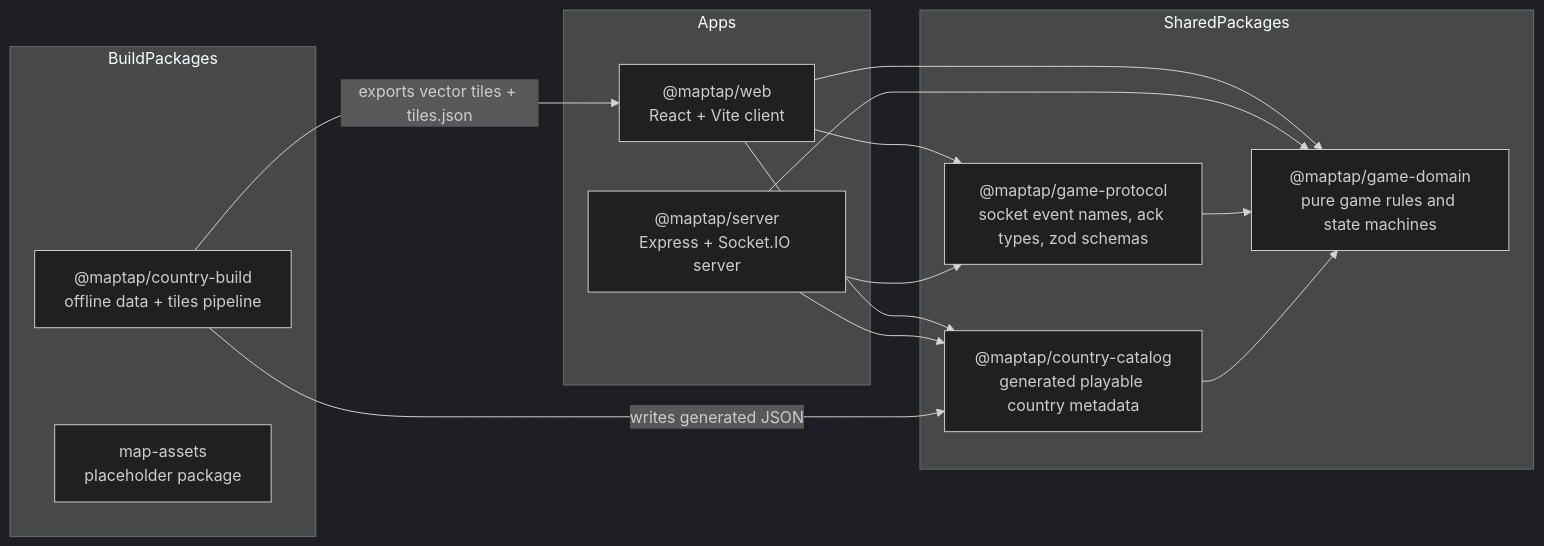
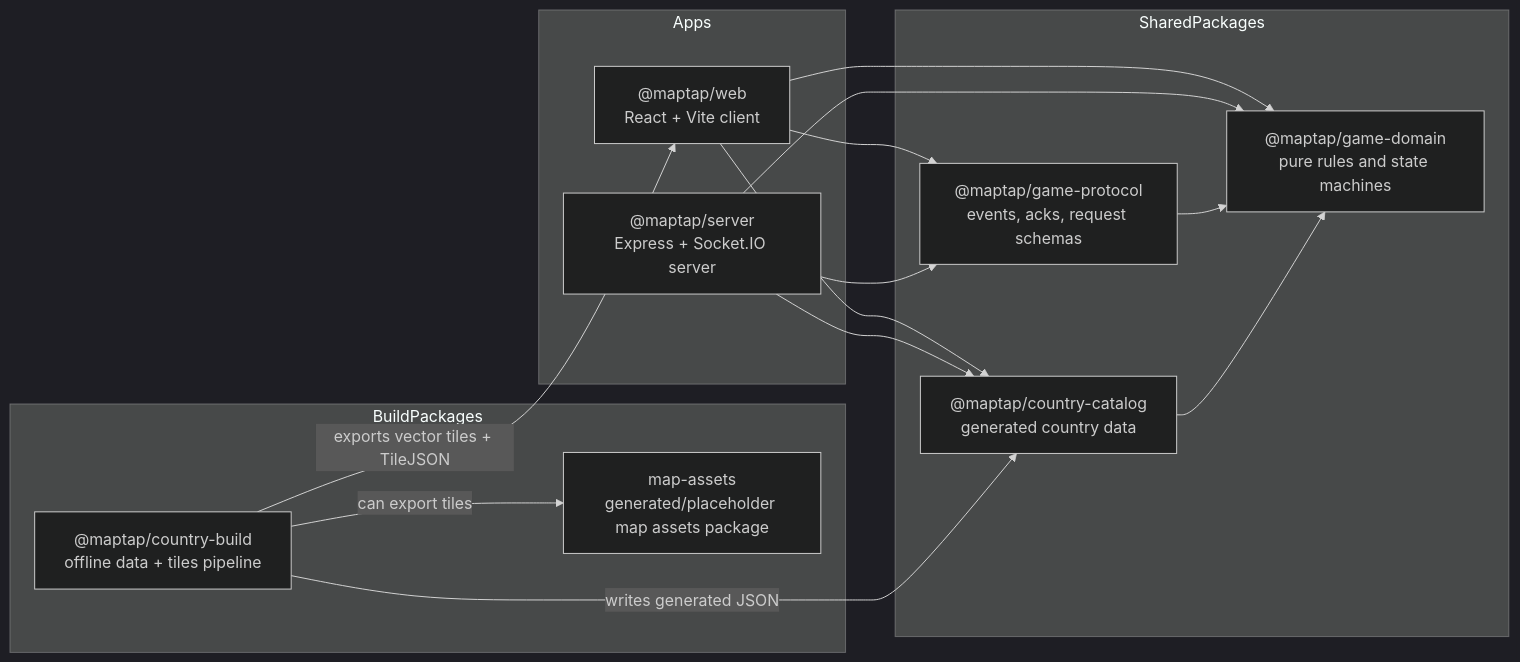
Before and after one commit to atamuratov07/maptap-game: the first of 12 diagrams in docs/project-architecture.md, drawn with Mermaid (dark theme). The commit also changed other lines of this file and 2 other files, not shown here.

````diff
--- a/docs/project-architecture.md
+++ b/docs/project-architecture.md
@@ -23,32 +33,33 @@
 ```mermaid
 graph LR
     subgraph Apps
         WEB["@maptap/web<br/>React + Vite client"]
         SERVER["@maptap/server<br/>Express + Socket.IO server"]
     end
 
     subgraph SharedPackages
-        DOMAIN["@maptap/game-domain<br/>pure game rules and state machines"]
-        PROTOCOL["@maptap/game-protocol<br/>socket event names, ack types, zod schemas"]
-        CATALOG["@maptap/country-catalog<br/>generated playable country metadata"]
+        DOMAIN["@maptap/game-domain<br/>pure rules and state machines"]
+        PROTOCOL["@maptap/game-protocol<br/>events, acks, request schemas"]
+        CATALOG["@maptap/country-catalog<br/>generated country data"]
     end
 
     subgraph BuildPackages
         BUILD["@maptap/country-build<br/>offline data + tiles pipeline"]
-        ASSETS["map-assets<br/>placeholder package"]
+        ASSETS["map-assets<br/>generated/placeholder map assets package"]
     end
 
     WEB --> DOMAIN
     WEB --> PROTOCOL
     WEB --> CATALOG
 
     SERVER --> DOMAIN
     SERVER --> PROTOCOL
     SERVER --> CATALOG
 
     PROTOCOL --> DOMAIN
     CATALOG --> DOMAIN
 
     BUILD -->|writes generated JSON| CATALOG
-    BUILD -->|exports vector tiles + tiles.json| WEB
+    BUILD -->|exports vector tiles + TileJSON| WEB
+    BUILD -->|can export tiles| ASSETS
 ```
````
